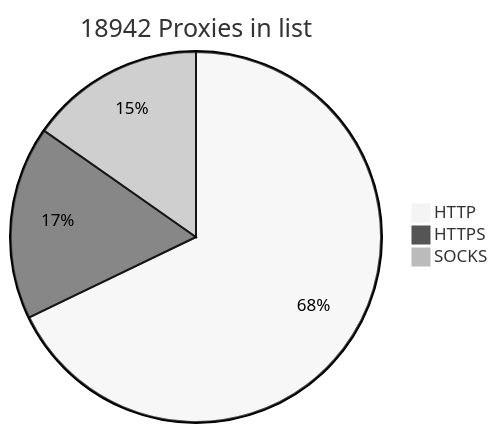
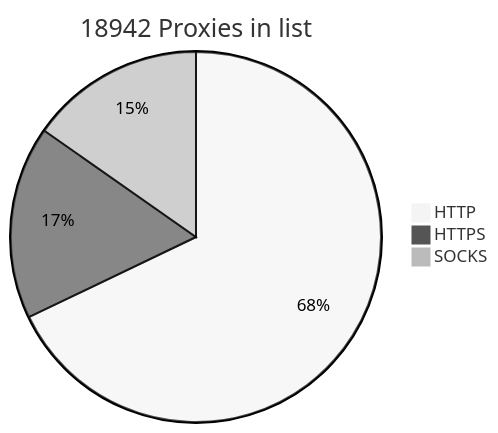
Before and after one commit to BlackSnowDot/proxylist-update-every-minute: the diagram in README.md, drawn with Mermaid (neutral theme).

````diff
--- a/README.md
+++ b/README.md
@@ -2,6 +2,6 @@
 ```mermaid
 pie title 18942 Proxies in list
-    "HTTP" : 14163
-    "HTTPS": 3521
+    "HTTP" : 14177
+    "HTTPS": 3517
     "SOCKS" : 3189
 ```
````
